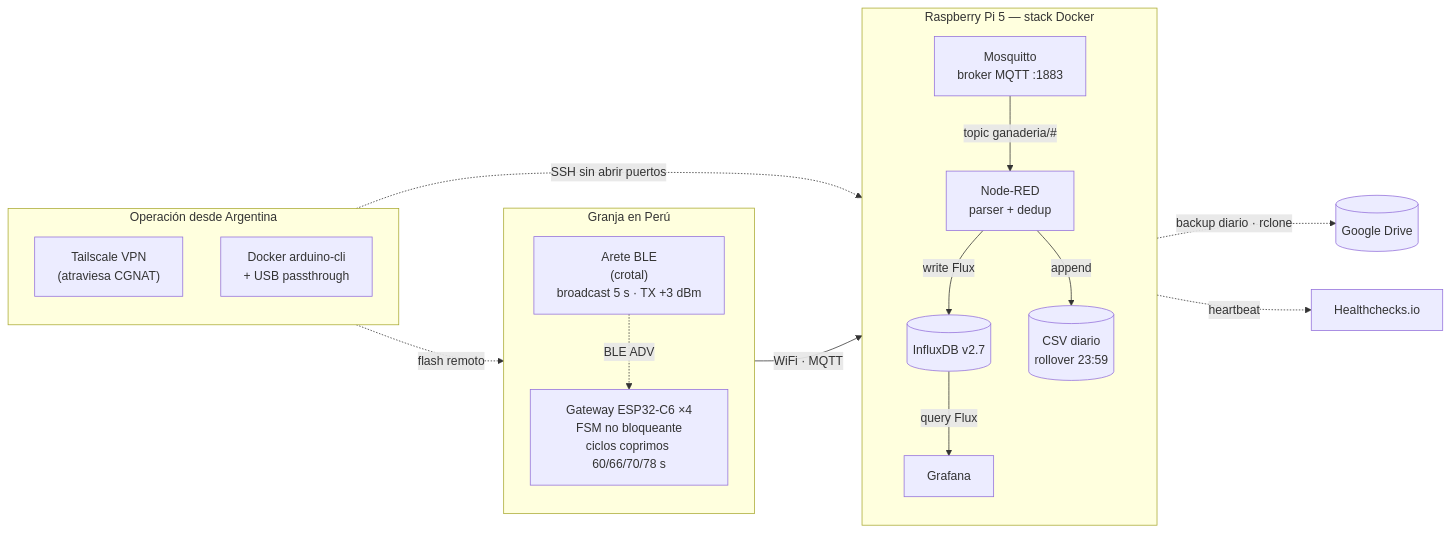
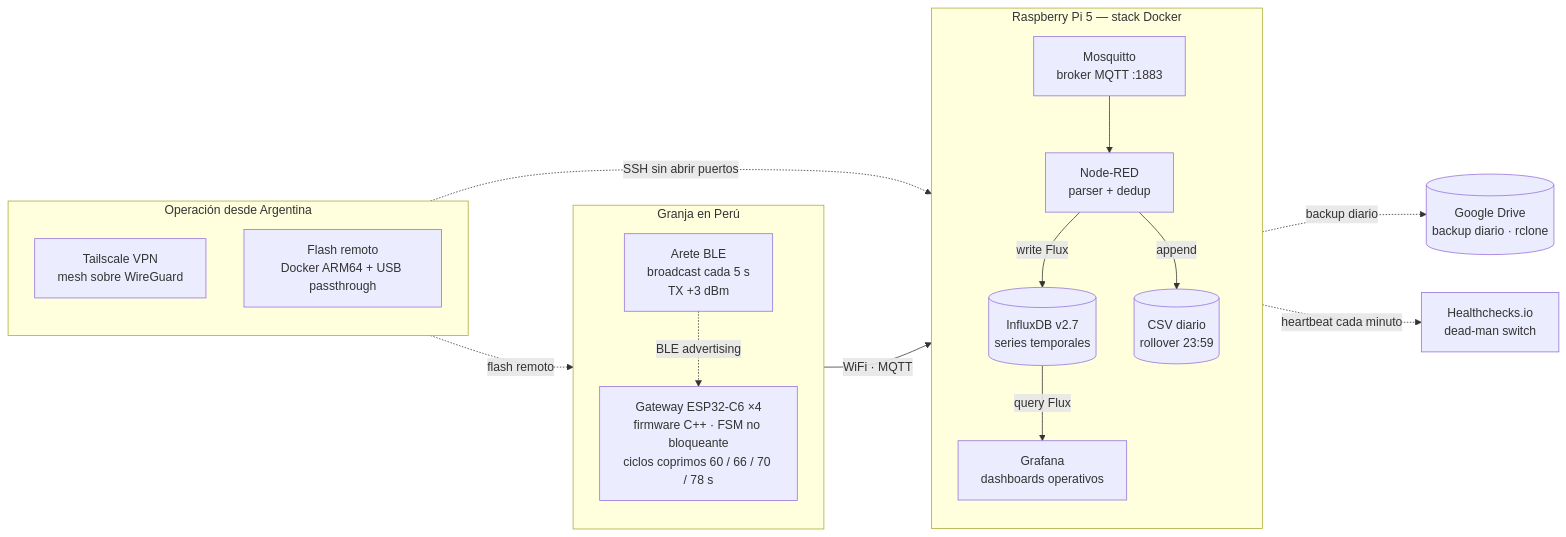
One commit to AYPYER/CrotCow-PLATAFORMA-IOT-PARA-GANADERIA changed the diagram in README.md. Above: the diagram before and after it, drawn with Mermaid. The commit also changed other lines of this file and 8 other files, not shown here.

````diff
--- a/README.md
+++ b/README.md
@@ -45,37 +61,37 @@
 ```mermaid
 flowchart LR
     subgraph PE["Granja en Perú"]
         direction TB
-        S["Arete BLE<br/>(crotal)<br/>broadcast 5 s · TX +3 dBm"]
-        GW["Gateway ESP32-C6 ×4<br/>FSM no bloqueante<br/>ciclos coprimos 60/66/70/78 s"]
-        S -. "BLE ADV" .-> GW
+        S["Arete BLE<br/>broadcast cada 5 s<br/>TX +3 dBm"]
+        GW["Gateway ESP32-C6 ×4<br/>firmware C++ · FSM no bloqueante<br/>ciclos coprimos 60 / 66 / 70 / 78 s"]
+        S -. "BLE advertising" .-> GW
     end
 
     subgraph RPI["Raspberry Pi 5 — stack Docker"]
         direction TB
         M["Mosquitto<br/>broker MQTT :1883"]
         NR["Node-RED<br/>parser + dedup"]
-        INF[("InfluxDB v2.7")]
-        G["Grafana"]
+        INF[("InfluxDB v2.7<br/>series temporales")]
+        G["Grafana<br/>dashboards operativos"]
         CSV[("CSV diario<br/>rollover 23:59")]
-        M -- "topic ganaderia/#" --> NR
+        M --> NR
         NR -- "write Flux" --> INF
         NR -- "append" --> CSV
         INF -- "query Flux" --> G
     end
 
     subgraph AR["Operación desde Argentina"]
         direction TB
-        TS["Tailscale VPN<br/>(atraviesa CGNAT)"]
-        FLASH["Docker arduino-cli<br/>+ USB passthrough"]
+        TS["Tailscale VPN<br/>mesh sobre WireGuard"]
+        FLASH["Flash remoto<br/>Docker ARM64 + USB passthrough"]
     end
 
-    GD[("Google Drive")]
-    HC["Healthchecks.io"]
+    GD[("Google Drive<br/>backup diario · rclone")]
+    HC["Healthchecks.io<br/>dead-man switch"]
 
-    GW -- "WiFi · MQTT" --> M
+    GW -->|"WiFi · MQTT"| M
     TS -. "SSH sin abrir puertos" .-> RPI
     FLASH -. "flash remoto" .-> GW
-    INF -. "backup diario · rclone" .-> GD
-    NR -. "heartbeat" .-> HC
+    INF -. "backup diario" .-> GD
+    NR -. "heartbeat cada minuto" .-> HC
 ```
````
